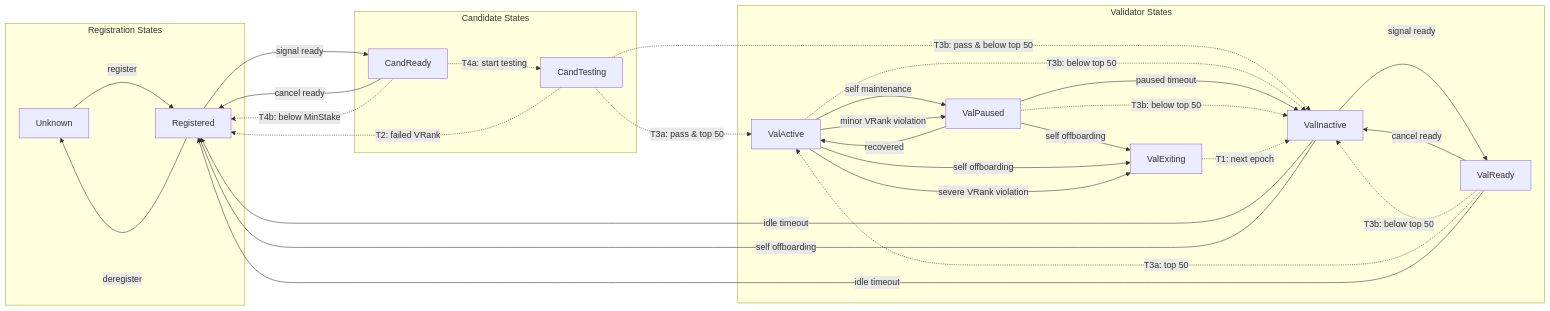
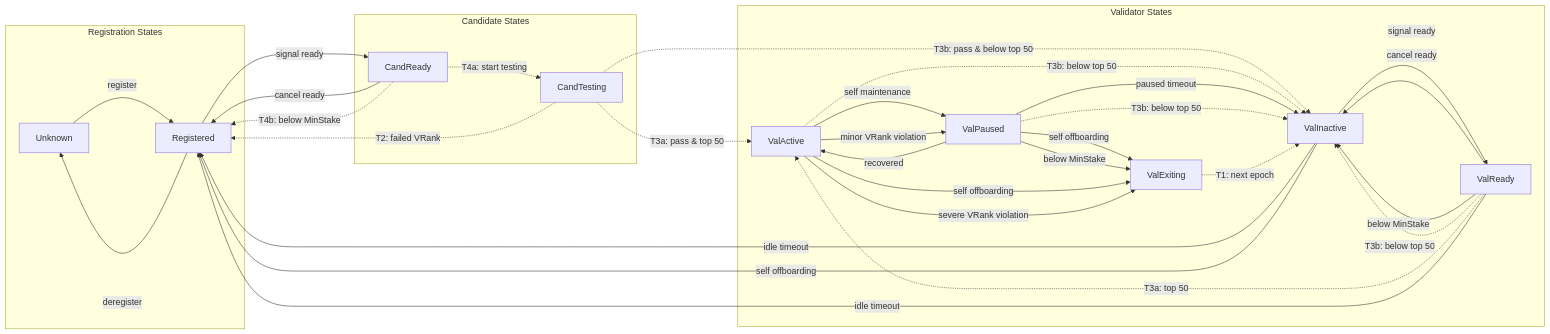
The diagram in KIPs/kip-286.md (kaiachain/kips), drawn with Mermaid before and after one commit. The commit also changed other lines of this file, not shown here.

````diff
--- a/KIPs/kip-286.md
+++ b/KIPs/kip-286.md
@@ -225,56 +294,58 @@
 ```mermaid
 flowchart LR
     subgraph Registration["Registration States"]
         Unknown
         Registered
     end
 
     subgraph Candidates["Candidate States"]
         CandReady
         CandTesting
     end
 
     subgraph Validators["Validator States"]
         ValInactive
         ValReady
         ValActive
         ValPaused
         ValExiting
     end
 
     %% Registration & Deregistration
     Unknown -->|"register"| Registered
     Registered -->|"deregister"| Unknown
 
     %% Candidate Lifecycle
     Registered -->|"signal ready"| CandReady
     CandReady -->|"cancel ready"| Registered
     CandReady -.->|"T4a: start testing"| CandTesting
     CandReady -.->|"T4b: below MinStake"| Registered
     CandTesting -.->|"T2: failed VRank"| Registered
     CandTesting -.->|"T3a: pass & top 50"| ValActive
     CandTesting -.->|"T3b: pass & below top 50"| ValInactive
 
     %% Validator Active Set
     ValActive -.->|"T3b: below top 50"| ValInactive
     ValInactive -->|"signal ready"| ValReady
     ValReady -->|"cancel ready"| ValInactive
+    ValReady -->|"below MinStake"| ValInactive
     ValReady -.->|"T3b: below top 50"| ValInactive
     ValReady -.->|"T3a: top 50"| ValActive
 
     %% Maintenance & Recovery
     ValActive -->|"self maintenance"| ValPaused
     ValActive -->|"minor VRank violation"| ValPaused
     ValPaused -->|"recovered"| ValActive
     ValPaused -->|"paused timeout"| ValInactive
     ValPaused -.->|"T3b: below top 50"| ValInactive
 
     %% Exit & Offboarding
     ValPaused -->|"self offboarding"| ValExiting
+    ValPaused -->|"below MinStake"| ValExiting
     ValActive -->|"self offboarding"| ValExiting
     ValActive -->|"severe VRank violation"| ValExiting
     ValExiting -.->|"T1: next epoch"| ValInactive
     ValReady -->|"idle timeout"| Registered
     ValInactive -->|"idle timeout"| Registered
     ValInactive -->|"self offboarding"| Registered
 ```
````
